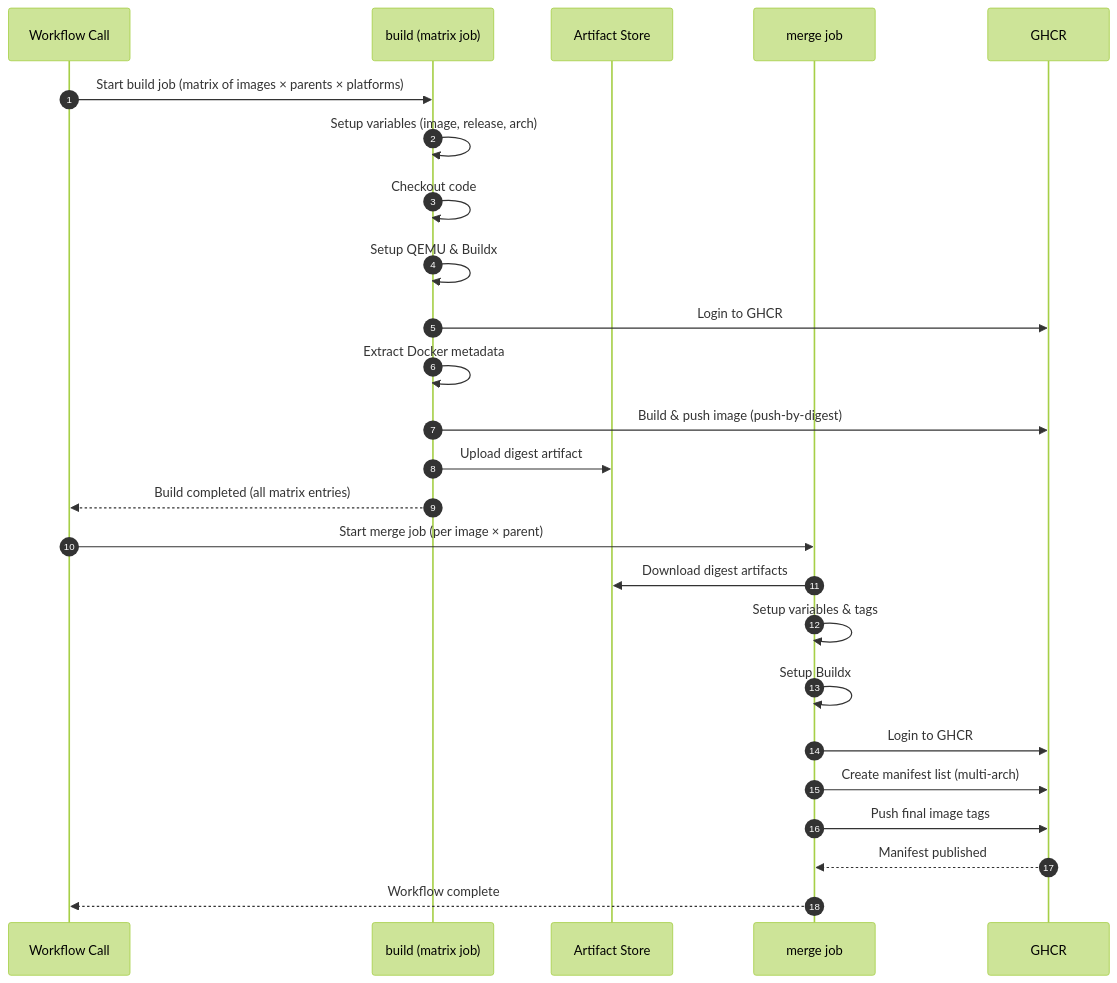
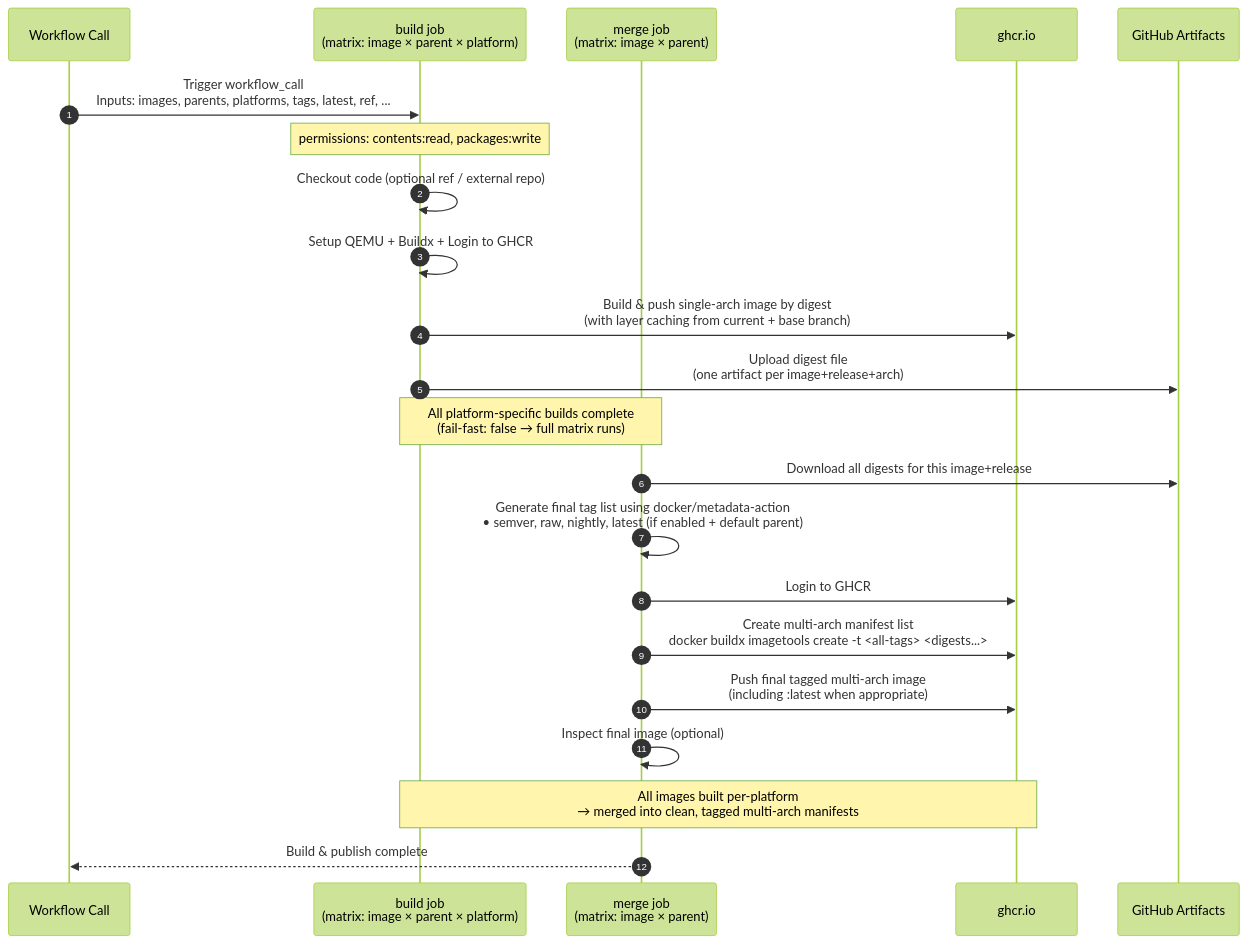
One commit to rlaiola/ci-templates changed the first of 8 diagrams in README.md. Above: the diagram before and after it, drawn with Mermaid (forest theme). The commit also changed other lines of this file, not shown here.

````diff
--- a/README.md
+++ b/README.md
@@ -41,34 +41,36 @@
 ```mermaid
 sequenceDiagram
     autonumber
+    participant W as Workflow Call
+    participant B as build job<br>(matrix: image × parent × platform)
+    participant M as merge job<br>(matrix: image × parent)
+    participant GHCR as ghcr.io
+    participant Artifacts as GitHub Artifacts
 
-    participant W as Workflow Call
-    participant B as build (matrix job)
-    participant A as Artifact Store
-    participant M as merge job
-    participant R as GHCR
+    W->>B: Trigger workflow_call<br>Inputs: images, parents, platforms, tags, latest, ref, ...
 
-    W->>B: Start build job (matrix of images × parents × platforms)
+    Note over B: permissions: contents:read, packages:write
 
-    B->>B: Setup variables (image, release, arch)
-    B->>B: Checkout code
-    B->>B: Setup QEMU & Buildx
-    B->>R: Login to GHCR
-    B->>B: Extract Docker metadata
-    B->>R: Build & push image (push-by-digest)
-    B->>A: Upload digest artifact
+    B->>B: Checkout code (optional ref / external repo)
+    B->>B: Setup QEMU + Buildx + Login to GHCR
 
-    B-->>W: Build completed (all matrix entries)
+    B->>GHCR: Build & push single-arch image by digest<br>(with layer caching from current + base branch)
 
-    W->>M: Start merge job (per image × parent)
+    B->>Artifacts: Upload digest file<br>(one artifact per image+release+arch)
 
-    M->>A: Download digest artifacts
-    M->>M: Setup variables & tags
-    M->>M: Setup Buildx
-    M->>R: Login to GHCR
-    M->>R: Create manifest list (multi-arch)
-    M->>R: Push final image tags
-    R-->>M: Manifest published
+    Note over B,M: All platform-specific builds complete<br>(fail-fast: false → full matrix runs)
 
-    M-->>W: Workflow complete
+    M->>Artifacts: Download all digests for this image+release
+    M->>M: Generate final tag list using docker/metadata-action<br>• semver, raw, nightly, latest (if enabled + default parent)
+
+    M->>GHCR: Login to GHCR
+    M->>GHCR: Create multi-arch manifest list<br>docker buildx imagetools create -t <all-tags> <digests...>
+
+    M->>GHCR: Push final tagged multi-arch image<br>(including :latest when appropriate)
+
+    M->>M: Inspect final image (optional)
+
+    Note over B,GHCR: All images built per-platform<br>→ merged into clean, tagged multi-arch manifests
+
+    M-->>W: Build & publish complete
 ```
````
